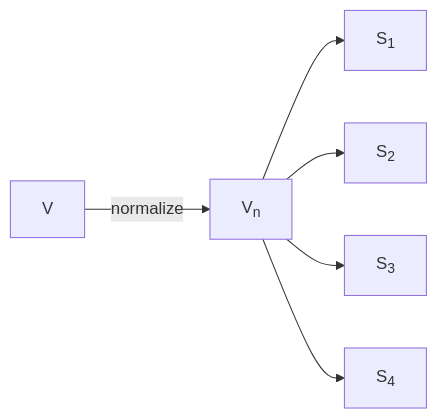
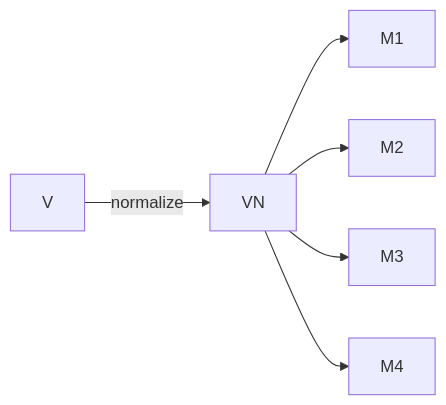
The third of 5 diagrams in _posts/2024-08-01-cnttp.md (brevzin/brevzin.github.io), drawn with Mermaid before and after one commit. The commit also changed other lines of this file, not shown here.

````diff
--- a/_posts/2024-08-01-cnttp.md
+++ b/_posts/2024-08-01-cnttp.md
@@ -182,9 +222,9 @@
 ```mermaid
 graph LR
-    V -- normalize --> VN[V<sub>n</sub>]
+    V -- normalize --> VN
 
-    VN --> S1[S<sub>1</sub>]
-    VN --> S2[S<sub>2</sub>]
-    VN --> S3[S<sub>3</sub>]
-    VN --> S4[S<sub>4</sub>]
+    VN --> M1
+    VN --> M2
+    VN --> M3
+    VN --> M4
 ```
````
